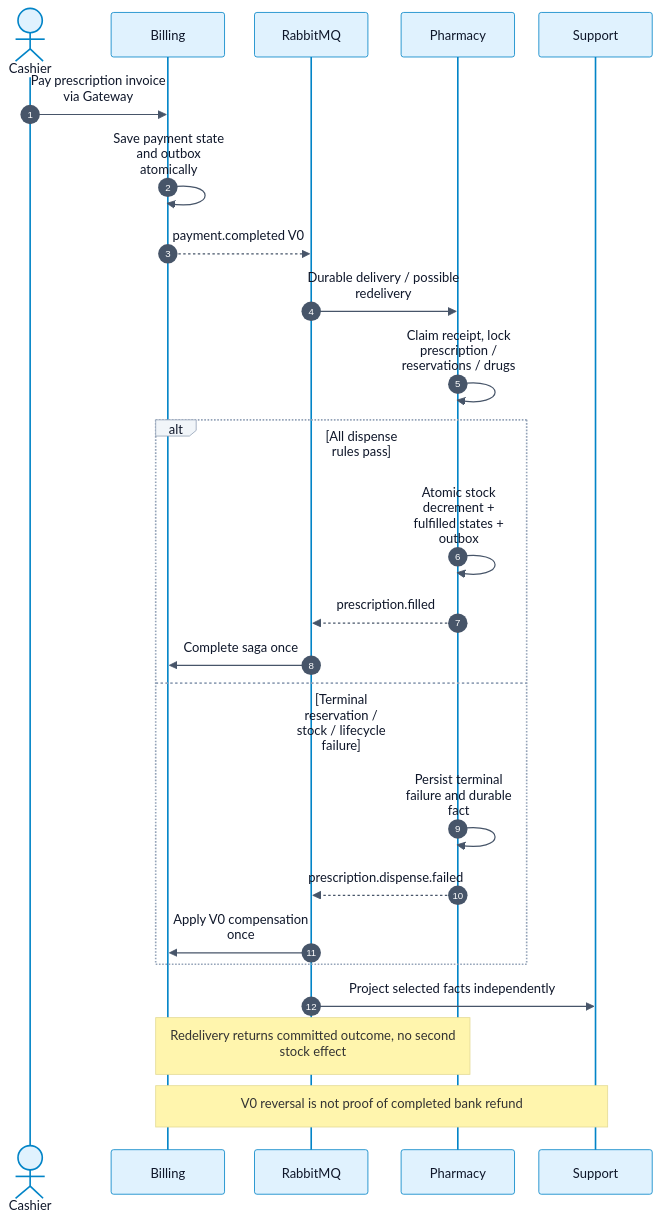
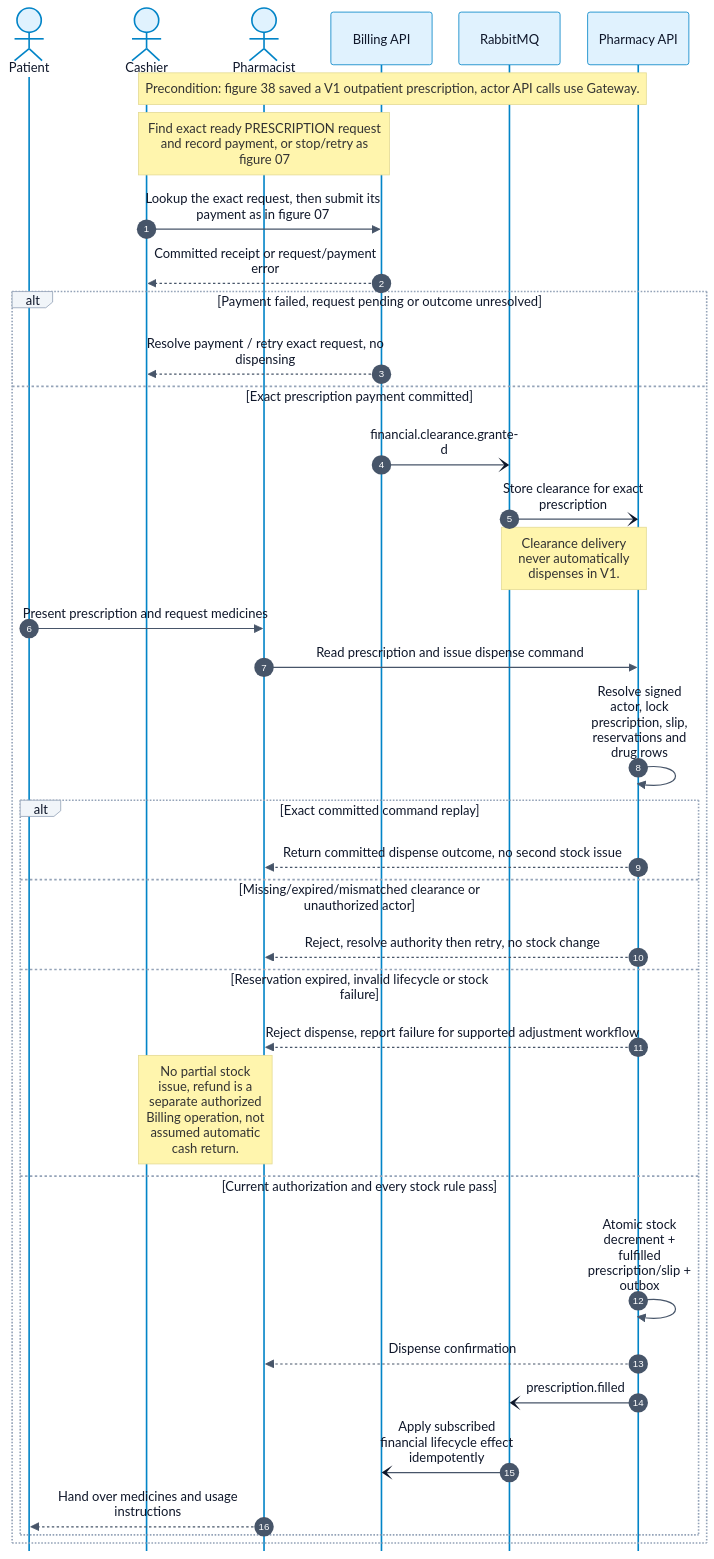
The diagram in docs/monitor_proj_progress/02-giai-doan-2-thiet-ke-giao-dien-tieu-chuan/review-2/word-compact/portrait/mermaid/09-en.mmd (Dangvinh77/MediFlow), drawn with Mermaid before and after one commit. The commit also changed 896 other files, not shown here.

Commit message:
docs(review2): align diagrams with supervisor feedback

```diff
--- a/docs/monitor_proj_progress/02-giai-doan-2-thiet-ke-giao-dien-tieu-chuan/review-2/word-compact/portrait/mermaid/09-en.mmd
+++ b/docs/monitor_proj_progress/02-giai-doan-2-thiet-ke-giao-dien-tieu-chuan/review-2/word-compact/portrait/mermaid/09-en.mmd
@@ -1,25 +1,37 @@
-%%{init: {"theme": "base", "securityLevel": "loose", "fontFamily": "Arial, sans-serif", "themeVariables": {"primaryColor": "#e0f2fe", "primaryTextColor": "#0f172a", "primaryBorderColor": "#0284c7", "lineColor": "#475569", "secondaryColor": "#ccfbf1", "tertiaryColor": "#f1f5f9", "background": "#ffffff", "mainBkg": "#e0f2fe", "nodeBorder": "#0284c7", "clusterBkg": "#f8fafc", "clusterBorder": "#94a3b8", "actorBkg": "#e0f2fe", "actorBorder": "#0284c7", "actorTextColor": "#0f172a", "signalColor": "#475569", "signalTextColor": "#0f172a", "labelBoxBkgColor": "#f1f5f9", "labelBoxBorderColor": "#94a3b8", "activationBkgColor": "#ccfbf1", "activationBorderColor": "#0f766e", "sequenceNumberColor": "#ffffff", "attributeBackgroundColorOdd": "#ffffff", "attributeBackgroundColorEven": "#f0f9ff", "fontSize": "18px"}, "flowchart": {"htmlLabels": true, "curve": "basis", "nodeSpacing": 24, "rankSpacing": 42, "padding": 12, "diagramPadding": 24, "wrappingWidth": 420, "subGraphTitleMargin": {"top": 10, "bottom": 32}}, "sequence": {"useMaxWidth": true, "wrap": true, "actorMargin": 30, "width": 140, "height": 55, "boxMargin": 14, "boxTextMargin": 8, "noteMargin": 16, "messageMargin": 34, "diagramMarginX": 24, "diagramMarginY": 24, "mirrorActors": true, "actorFontSize": 17, "messageFontSize": 16, "noteFontSize": 16, "wrapPadding": 10}, "er": {"useMaxWidth": true, "nodeSpacing": 30, "rankSpacing": 42, "diagramPadding": 24, "entityPadding": 10, "fontSize": 17}, "themeCSS": ".nodeLabel img { display:inline-block!important; width:28px!important; height:28px!important; vertical-align:middle!important; } .nodeLabel p { margin:0; }", "class": {"diagramPadding": 24, "nodeSpacing": 32, "rankSpacing": 45}}}%%
+%%{init: {"theme": "base", "securityLevel": "loose", "fontFamily": "Arial, sans-serif", "themeVariables": {"primaryColor": "#e0f2fe", "primaryTextColor": "#0f172a", "primaryBorderColor": "#0284c7", "lineColor": "#475569", "secondaryColor": "#ccfbf1", "tertiaryColor": "#f1f5f9", "background": "#ffffff", "mainBkg": "#e0f2fe", "nodeBorder": "#0284c7", "clusterBkg": "#f8fafc", "clusterBorder": "#94a3b8", "actorBkg": "#e0f2fe", "actorBorder": "#0284c7", "actorTextColor": "#0f172a", "signalColor": "#475569", "signalTextColor": "#0f172a", "labelBoxBkgColor": "#f1f5f9", "labelBoxBorderColor": "#94a3b8", "activationBkgColor": "#ccfbf1", "activationBorderColor": "#0f766e", "sequenceNumberColor": "#ffffff", "attributeBackgroundColorOdd": "#ffffff", "attributeBackgroundColorEven": "#f0f9ff"}, "flowchart": {"htmlLabels": true, "curve": "linear", "nodeSpacing": 24, "rankSpacing": 46, "subGraphTitleMargin": {"top": 12, "bottom": 45}}, "sequence": {"useMaxWidth": true, "wrap": true, "actorMargin": 20, "width": 125, "messageMargin": 30, "mirrorActors": false}, "er": {"useMaxWidth": true}, "maxTextSize": 2000000, "class": {"nodeSpacing": 30, "rankSpacing": 55}}}%%
 sequenceDiagram
  autonumber
- actor Cashier
- participant B as Billing
+ actor Patient as Patient
+ actor Cashier as Cashier
+ actor Pharmacist as Pharmacist
+ participant B as Billing API
  participant Q as RabbitMQ
- participant P as Pharmacy
- participant S as Support
- Cashier->>B: Pay prescription invoice via Gateway
- B->>B: Save payment state and outbox atomically
- B-->>Q: payment.completed V0
- Q->>P: Durable delivery / possible redelivery
- P->>P: Claim receipt, lock prescription / reservations / drugs
- alt All dispense rules pass
- P->>P: Atomic stock decrement + fulfilled states + outbox
- P-->>Q: prescription.filled
- Q->>B: Complete saga once
- else Terminal reservation / stock / lifecycle failure
- P->>P: Persist terminal failure and durable fact
- P-->>Q: prescription.dispense.failed
- Q->>B: Apply V0 compensation once
+ participant P as Pharmacy API
+ Note over Cashier,P: Precondition: figure 38 saved a V1 outpatient prescription, actor API calls use Gateway.
+ Note over Cashier,B: Find exact ready PRESCRIPTION request and record payment, or stop/retry as figure 07
+ Cashier->>B: Lookup the exact request, then submit its payment as in figure 07
+ B-->>Cashier: Committed receipt or request/payment error
+ alt Payment failed, request pending or outcome unresolved
+  B-->>Cashier: Resolve payment / retry exact request, no dispensing
+ else Exact prescription payment committed
+ B-)Q: financial.clearance.granted
+ Q-)P: Store clearance for exact prescription
+ Note over Q,P: Clearance delivery never automatically dispenses in V1.
+ Patient->>Pharmacist: Present prescription and request medicines
+ Pharmacist->>P: Read prescription and issue dispense command
+ P->>P: Resolve signed actor, lock prescription, slip, reservations and drug rows
+ alt Exact committed command replay
+  P-->>Pharmacist: Return committed dispense outcome, no second stock issue
+ else Missing/expired/mismatched clearance or unauthorized actor
+  P-->>Pharmacist: Reject, resolve authority then retry, no stock change
+ else Reservation expired, invalid lifecycle or stock failure
+  P-->>Pharmacist: Reject dispense, report failure for supported adjustment workflow
+  Note over Cashier,Pharmacist: No partial stock issue, refund is a separate authorized Billing operation, not assumed automatic cash return.
+ else Current authorization and every stock rule pass
+  P->>P: Atomic stock decrement + fulfilled prescription/slip + outbox
+  P-->>Pharmacist: Dispense confirmation
+  P-)Q: prescription.filled
+  Q-)B: Apply subscribed financial lifecycle effect idempotently
+  Pharmacist-->>Patient: Hand over medicines and usage instructions
  end
- Q->>S: Project selected facts independently
- Note over B,P: Redelivery returns committed outcome, no second stock effect
- Note over B,S: V0 reversal is not proof of completed bank refund
+ end
```
